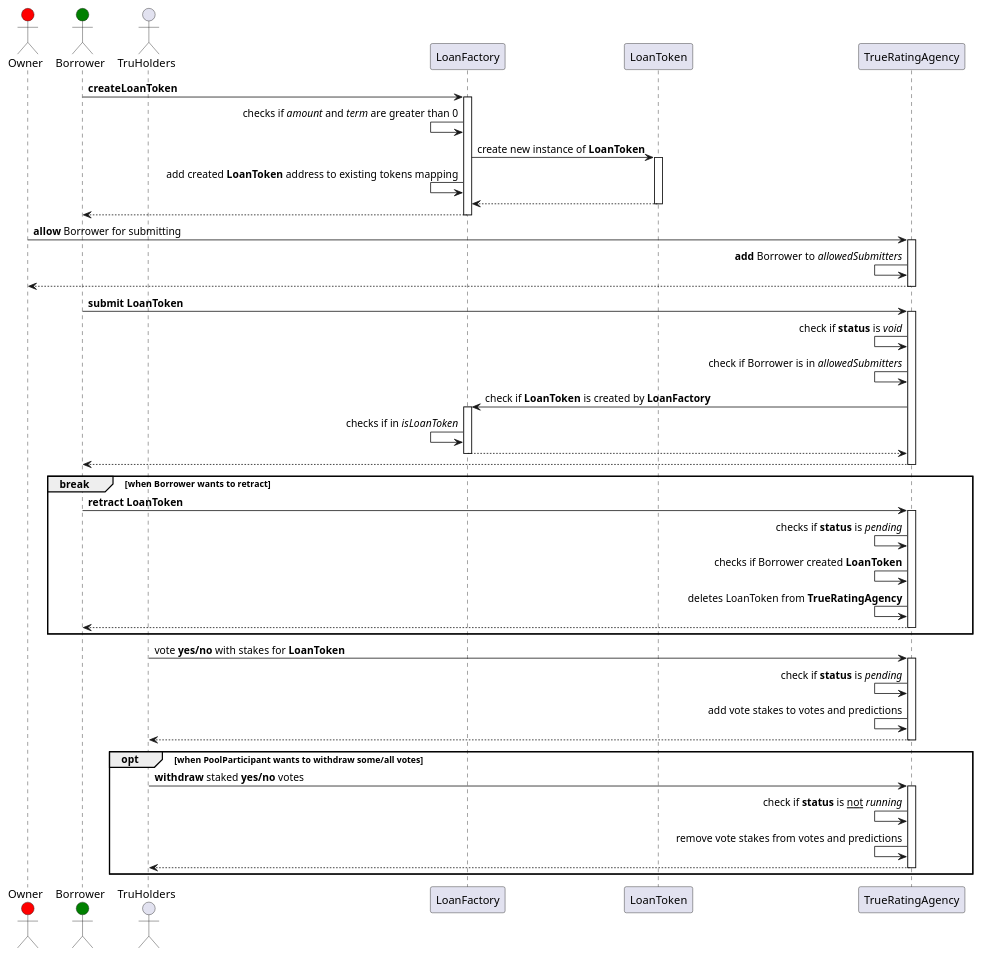
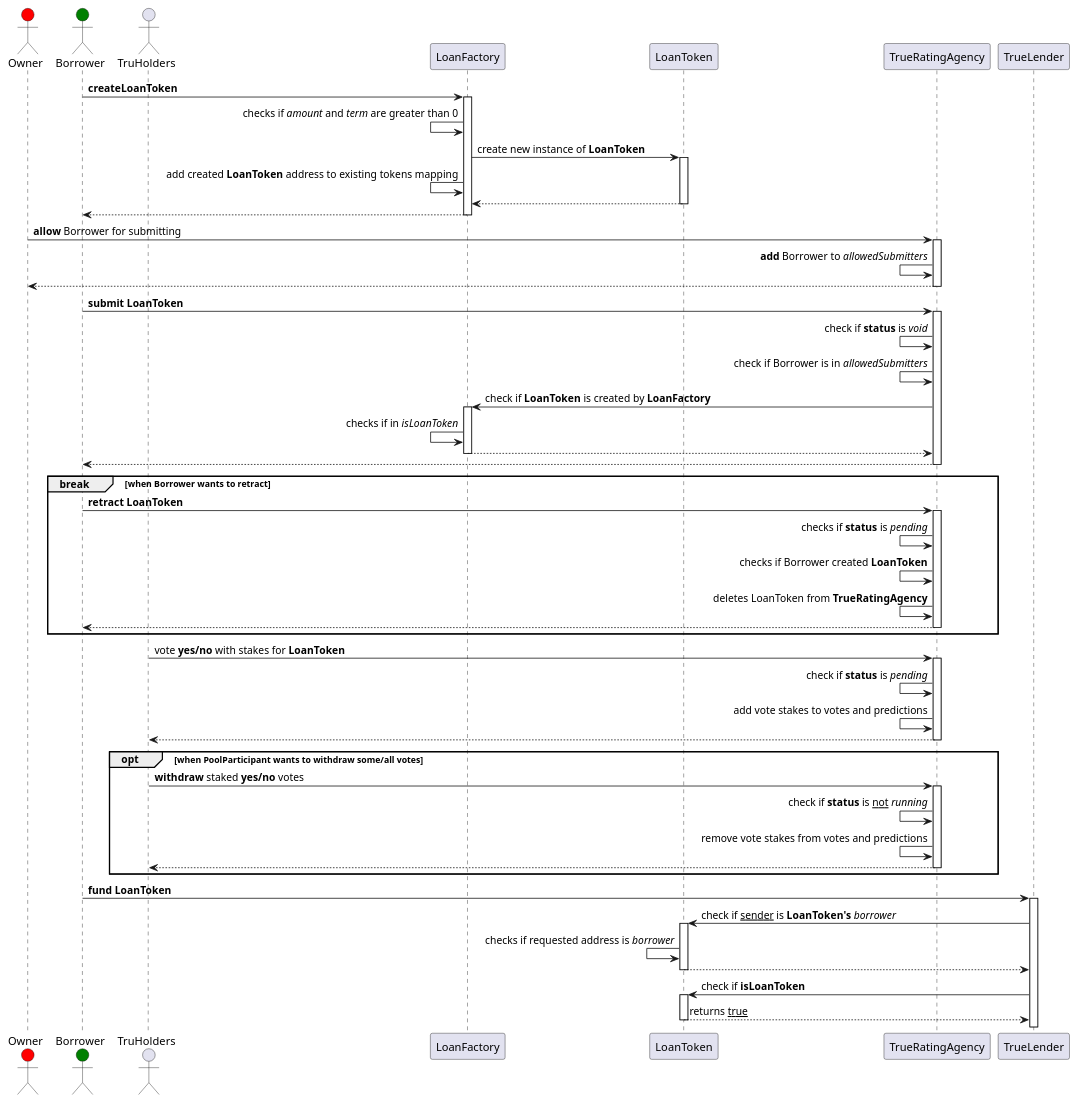
Before and after one commit to yuchennil/smart-contracts: the diagram in contracts/truefi/docs/UsersInteractions/loanFlow_sequence.puml, drawn with PlantUML.

Commit message:
Small changes

```diff
--- a/contracts/truefi/docs/UsersInteractions/loanFlow_sequence.puml
+++ b/contracts/truefi/docs/UsersInteractions/loanFlow_sequence.puml
@@ -1,67 +1,81 @@
 @startuml joiningPool
 actor Owner #Red
 actor Borrower #Green
 actor TruHolders
 
 Borrower -> LoanFactory : **createLoanToken**
 activate LoanFactory
 LoanFactory <- LoanFactory : checks if //amount// and //term// are greater than 0
 
 LoanFactory -> LoanToken : create new instance of **LoanToken**
 activate LoanToken
 LoanFactory <- LoanFactory : add created **LoanToken** address to existing tokens mapping
 LoanFactory <-- LoanToken
 deactivate LoanToken
 
 Borrower <-- LoanFactory
 deactivate LoanFactory
 
 Owner -> TrueRatingAgency : **allow** Borrower for submitting
 activate TrueRatingAgency
 TrueRatingAgency <- TrueRatingAgency : **add** Borrower to //allowedSubmitters//
 Owner <-- TrueRatingAgency
 deactivate TrueRatingAgency
 
 Borrower -> TrueRatingAgency : **submit** **LoanToken**
 activate TrueRatingAgency
 TrueRatingAgency <- TrueRatingAgency : check if **status** is //void//
 TrueRatingAgency <- TrueRatingAgency : check if Borrower is in //allowedSubmitters//
 
 TrueRatingAgency -> LoanFactory : check if **LoanToken** is created by **LoanFactory**
 activate LoanFactory
 LoanFactory <- LoanFactory : checks if in //isLoanToken//
 TrueRatingAgency <-- LoanFactory
 deactivate LoanFactory
 
 Borrower <-- TrueRatingAgency
 deactivate TrueRatingAgency
 
 break when Borrower wants to retract
     Borrower -> TrueRatingAgency : **retract** **LoanToken**
     activate TrueRatingAgency
     TrueRatingAgency <- TrueRatingAgency : checks if **status** is //pending//
     TrueRatingAgency <- TrueRatingAgency : checks if Borrower created **LoanToken**
     TrueRatingAgency <- TrueRatingAgency : deletes LoanToken from **TrueRatingAgency**
     Borrower <-- TrueRatingAgency
     deactivate TrueRatingAgency
     end
 
 TruHolders -> TrueRatingAgency : vote **yes/no** with stakes for **LoanToken**
 activate TrueRatingAgency
 TrueRatingAgency <- TrueRatingAgency : check if **status** is //pending//
 TrueRatingAgency <- TrueRatingAgency : add vote stakes to votes and predictions
 TruHolders <-- TrueRatingAgency
 deactivate TrueRatingAgency
 
 opt when PoolParticipant wants to withdraw some/all votes
     TruHolders -> TrueRatingAgency : **withdraw** staked **yes/no** votes
     activate TrueRatingAgency
     TrueRatingAgency <- TrueRatingAgency : check if **status** is __not__ //running//
     TrueRatingAgency <- TrueRatingAgency : remove vote stakes from votes and predictions
     TruHolders <-- TrueRatingAgency
     deactivate TrueRatingAgency
     end
 
+Borrower -> TrueLender : **fund** **LoanToken**
+activate TrueLender
+
+TrueLender -> LoanToken : check if __sender__ is **LoanToken's** //borrower//
+activate LoanToken
+LoanToken <- LoanToken : checks if requested address is //borrower//
+TrueLender <-- LoanToken
+deactivate LoanToken
+
+TrueLender -> LoanToken : check if **isLoanToken**
+activate LoanToken
+TrueLender <-- LoanToken : returns __true__
+deactivate LoanToken
+
 
 
 @enduml
```
